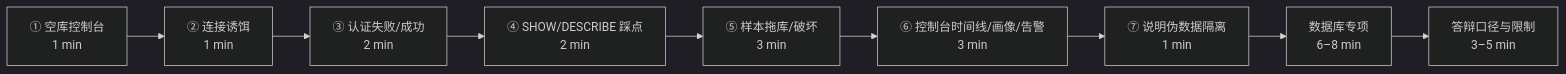
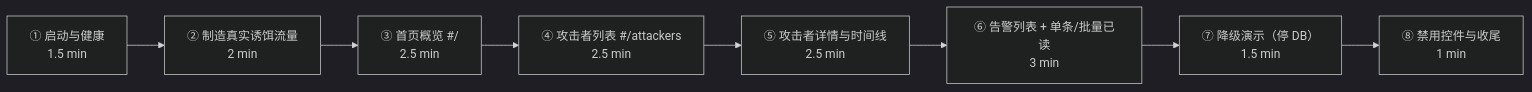
One commit to LuvW-Q/db-honeypot changed the diagram in docs/demo-script.md. Above: the diagram before and after it, drawn with Mermaid (dark theme). The commit also changed other lines of this file and 18 other files, not shown here.

First line of the commit message:
docs: 同步五模块架构、部署、测试计划与双主题截图

````diff
--- a/docs/demo-script.md
+++ b/docs/demo-script.md
@@ -52,11 +51,10 @@
 ```mermaid
 flowchart LR
-    A["① 空库控制台<br/>1 min"] --> B["② 连接诱饵<br/>1 min"]
-    B --> C["③ 认证失败/成功<br/>2 min"]
-    C --> D["④ SHOW/DESCRIBE 踩点<br/>2 min"]
-    D --> E["⑤ 样本拖库/破坏<br/>3 min"]
-    E --> F["⑥ 控制台时间线/画像/告警<br/>3 min"]
-    F --> G["⑦ 说明伪数据隔离<br/>1 min"]
-    G --> H["数据库专项<br/>6–8 min"]
-    H --> I["答辩口径与限制<br/>3–5 min"]
+    A["① 启动与健康<br/>1.5 min"] --> B["② 制造真实诱饵流量<br/>2 min"]
+    B --> C["③ 首页概览 #/<br/>2.5 min"]
+    C --> D["④ 攻击者列表 #/attackers<br/>2.5 min"]
+    D --> E["⑤ 攻击者详情与时间线<br/>2.5 min"]
+    E --> F["⑥ 告警列表 + 单条/批量已读<br/>3 min"]
+    F --> G["⑦ 降级演示（停 DB）<br/>1.5 min"]
+    G --> H["⑧ 禁用控件与收尾<br/>1 min"]
 ```
````
